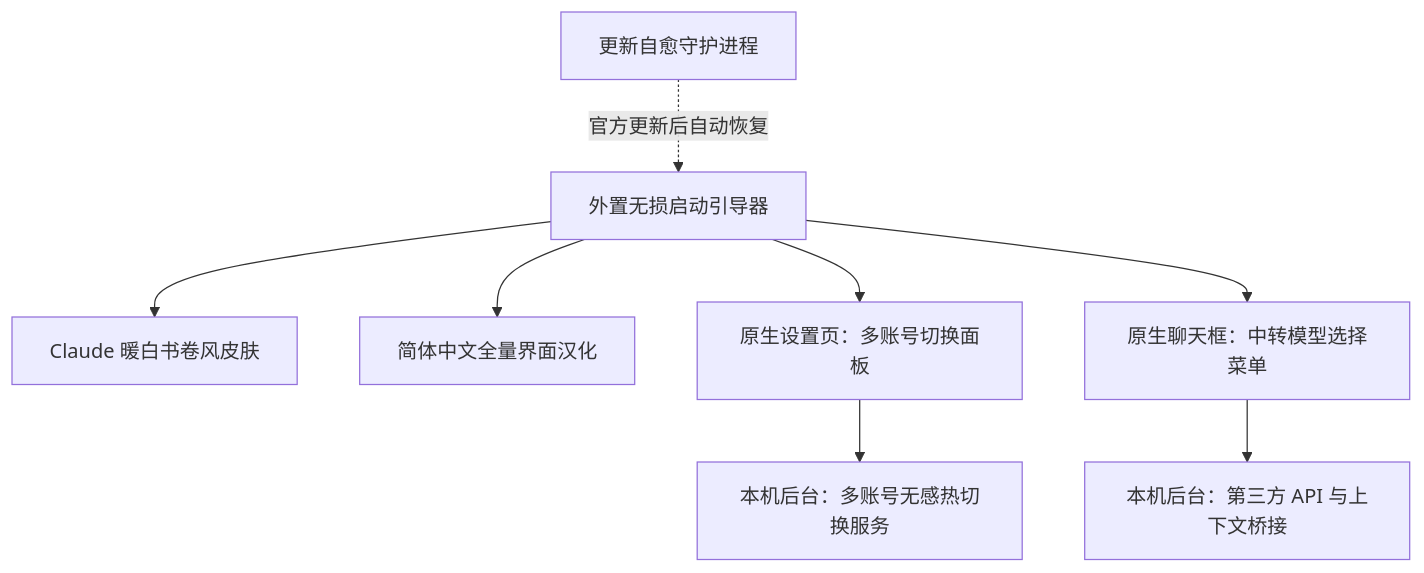
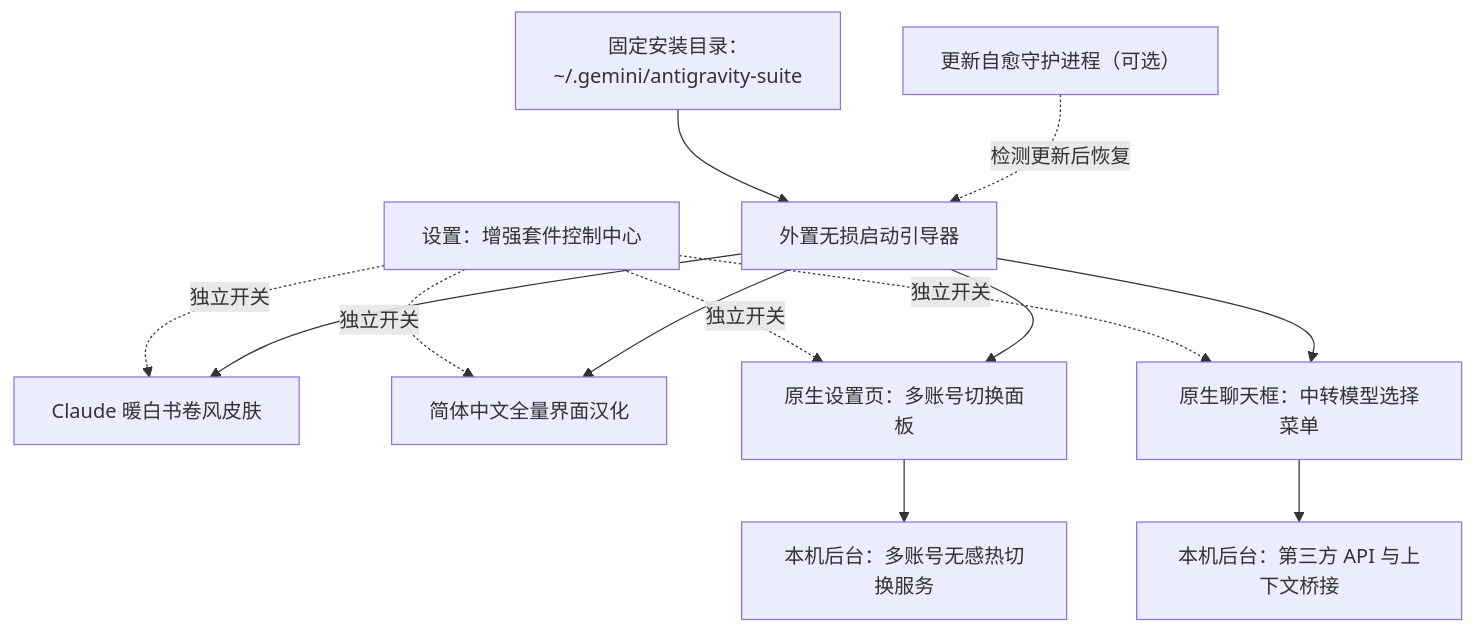
The diagram in README.md (Chenxuan-Xie/antigravity-enhancement-suite), drawn with Mermaid before and after one commit. The commit also changed other lines of this file and 49 other files, not shown here.

````diff
--- a/README.md
+++ b/README.md
@@ -63,12 +65,17 @@
 ```mermaid
 flowchart TD
-    Guardian["更新自愈守护进程"] -. "官方更新后自动恢复" .-> Boot["外置无损启动引导器"]
+    Runtime["固定安装目录：~/.gemini/antigravity-suite"] --> Boot["外置无损启动引导器"]
+    Guardian["更新自愈守护进程（可选）"] -. "检测更新后恢复" .-> Boot
+    Control["设置：增强套件控制中心"] -. "独立开关" .-> Skin
+    Control -. "独立开关" .-> I18n
+    Control -. "独立开关" .-> AccUI
+    Control -. "独立开关" .-> ChatUI
 
     Boot --> Skin["Claude 暖白书卷风皮肤"]
     Boot --> I18n["简体中文全量界面汉化"]
     Boot --> AccUI["原生设置页：多账号切换面板"]
     Boot --> ChatUI["原生聊天框：中转模型选择菜单"]
 
     AccUI --> AccCore["本机后台：多账号无感热切换服务"]
     ChatUI --> ModelCore["本机后台：第三方 API 与上下文桥接"]
 ```
````
